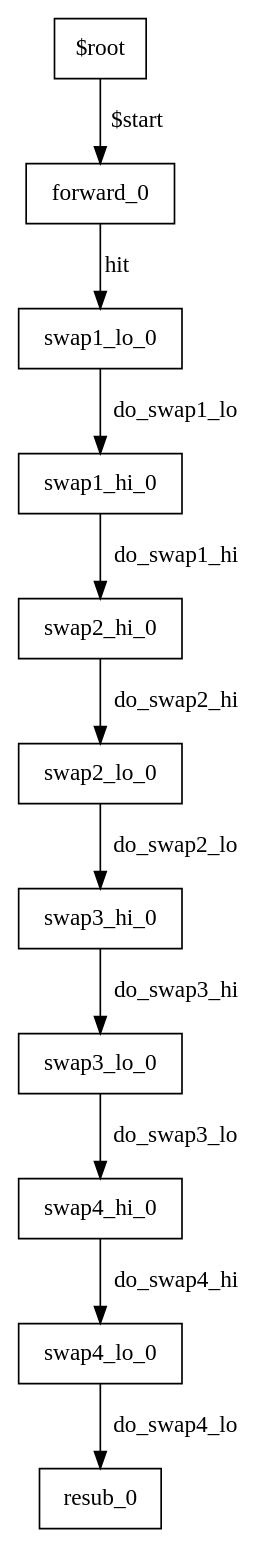
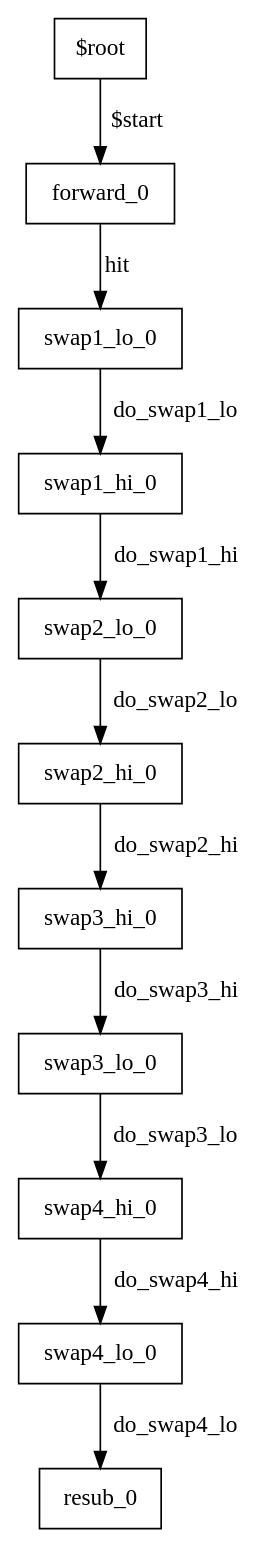
One commit to joepboumans/waterfall-table changed the diagram in waterfall-fcm-srctuple/waterfall_fcm/tofino/pipe/graphs/ingress.power.dot. Above: the diagram before and after it, drawn with Graphviz. The commit also changed 39 other files, not shown here.

```diff
--- a/waterfall-fcm-srctuple/waterfall_fcm/tofino/pipe/graphs/ingress.power.dot
+++ b/waterfall-fcm-srctuple/waterfall_fcm/tofino/pipe/graphs/ingress.power.dot
@@ -1,23 +1,23 @@
 digraph ingress {
 0 [label="$root" shape=box color="black"];
 1 [label="forward_0" shape=box color="black"];
 10 [label="resub_0" shape=box color="black"];
 3 [label="swap1_hi_0" shape=box color="black"];
 2 [label="swap1_lo_0" shape=box color="black"];
-4 [label="swap2_hi_0" shape=box color="black"];
-5 [label="swap2_lo_0" shape=box color="black"];
+5 [label="swap2_hi_0" shape=box color="black"];
+4 [label="swap2_lo_0" shape=box color="black"];
 6 [label="swap3_hi_0" shape=box color="black"];
 7 [label="swap3_lo_0" shape=box color="black"];
 8 [label="swap4_hi_0" shape=box color="black"];
 9 [label="swap4_lo_0" shape=box color="black"];
 0-> 1 [label="$start" color="black"];
 1-> 2 [label="hit" color="black"];
 3-> 4 [label="do_swap1_hi" color="black"];
 2-> 3 [label="do_swap1_lo" color="black"];
-4-> 5 [label="do_swap2_hi" color="black"];
-5-> 6 [label="do_swap2_lo" color="black"];
+5-> 6 [label="do_swap2_hi" color="black"];
+4-> 5 [label="do_swap2_lo" color="black"];
 6-> 7 [label="do_swap3_hi" color="black"];
 7-> 8 [label="do_swap3_lo" color="black"];
 8-> 9 [label="do_swap4_hi" color="black"];
 9-> 10 [label="do_swap4_lo" color="black"];
 }
```
